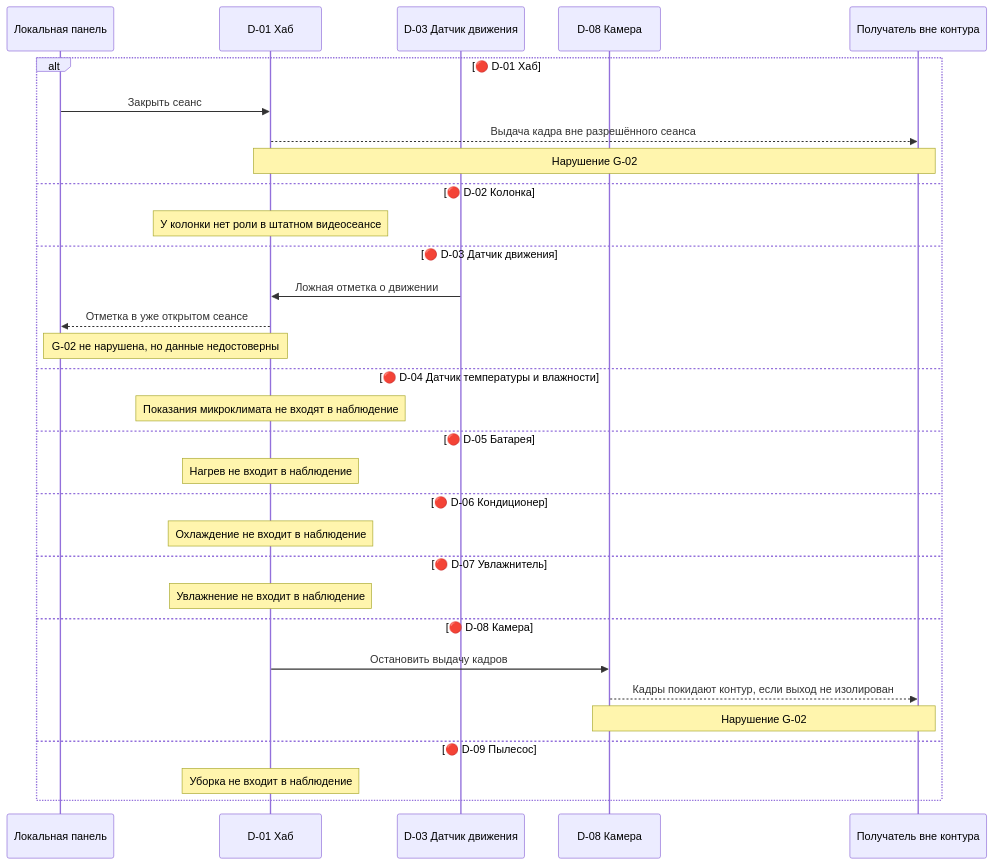
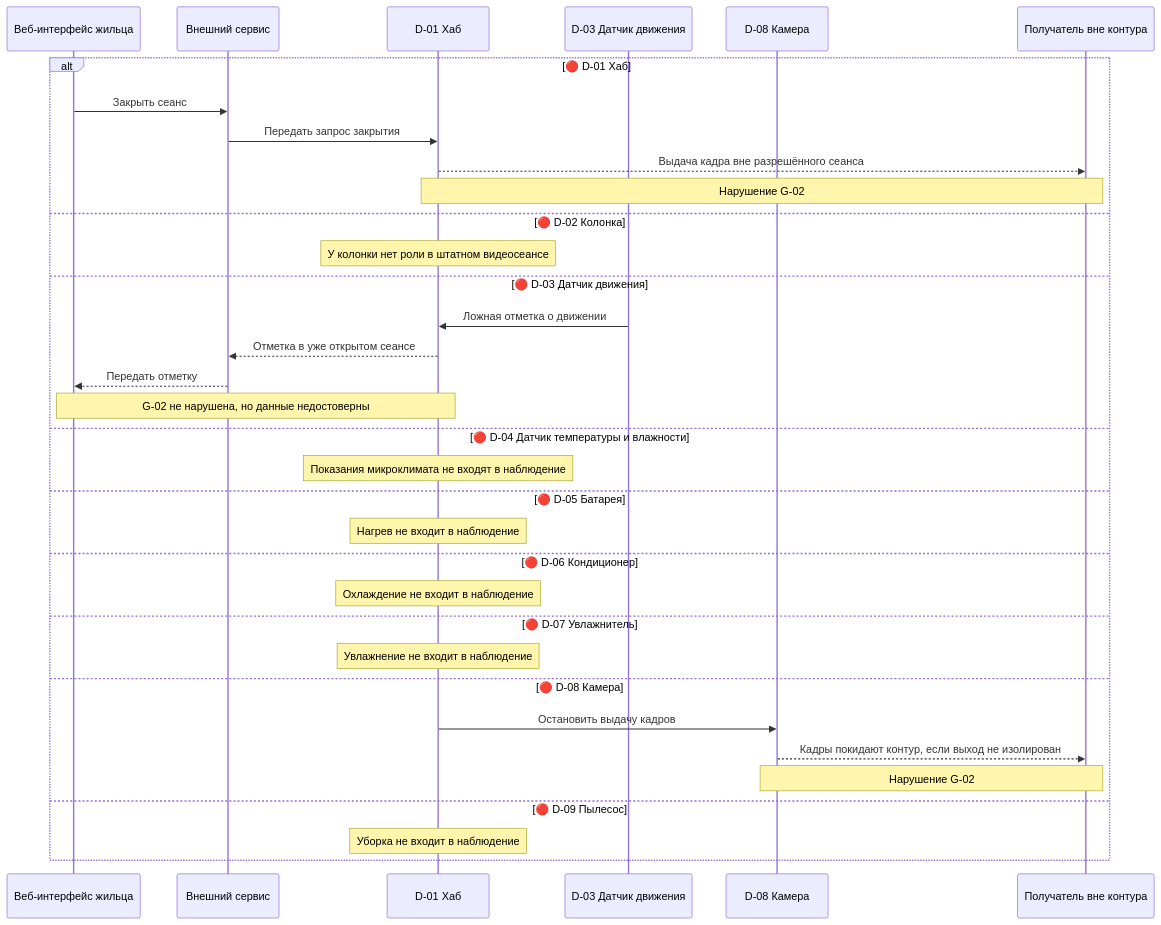
The diagram in contractor_side/negative_scenarios/S02_MONITORING.md (BPLA-Team/carrot-apples), drawn with Mermaid before and after one commit. The commit also changed 22 other files, not shown here.

Commit message:
docs(architecture): document web access through the external service

````diff
--- a/contractor_side/negative_scenarios/S02_MONITORING.md
+++ b/contractor_side/negative_scenarios/S02_MONITORING.md
@@ -3,33 +3,36 @@
 ```mermaid
 sequenceDiagram
-    participant P as Локальная панель
+    participant W as Веб-интерфейс жильца
+    participant S as Внешний сервис
     participant H as D-01 Хаб
     participant D as D-03 Датчик движения
     participant C as D-08 Камера
     participant O as Получатель вне контура
     alt 🔴 D-01 Хаб
-        P->>H: Закрыть сеанс
+        W->>S: Закрыть сеанс
+        S->>H: Передать запрос закрытия
         H-->>O: Выдача кадра вне разрешённого сеанса
         Note over H,O: Нарушение G-02
     else 🔴 D-02 Колонка
         Note over H: У колонки нет роли в штатном видеосеансе
     else 🔴 D-03 Датчик движения
         D->>H: Ложная отметка о движении
-        H-->>P: Отметка в уже открытом сеансе
-        Note over P,H: G-02 не нарушена, но данные недостоверны
+        H-->>S: Отметка в уже открытом сеансе
+        S-->>W: Передать отметку
+        Note over W,H: G-02 не нарушена, но данные недостоверны
     else 🔴 D-04 Датчик температуры и влажности
         Note over H: Показания микроклимата не входят в наблюдение
     else 🔴 D-05 Батарея
         Note over H: Нагрев не входит в наблюдение
     else 🔴 D-06 Кондиционер
         Note over H: Охлаждение не входит в наблюдение
     else 🔴 D-07 Увлажнитель
         Note over H: Увлажнение не входит в наблюдение
     else 🔴 D-08 Камера
         H->>C: Остановить выдачу кадров
         C-->>O: Кадры покидают контур, если выход не изолирован
         Note over C,O: Нарушение G-02
     else 🔴 D-09 Пылесос
         Note over H: Уборка не входит в наблюдение
     end
 ```
````
